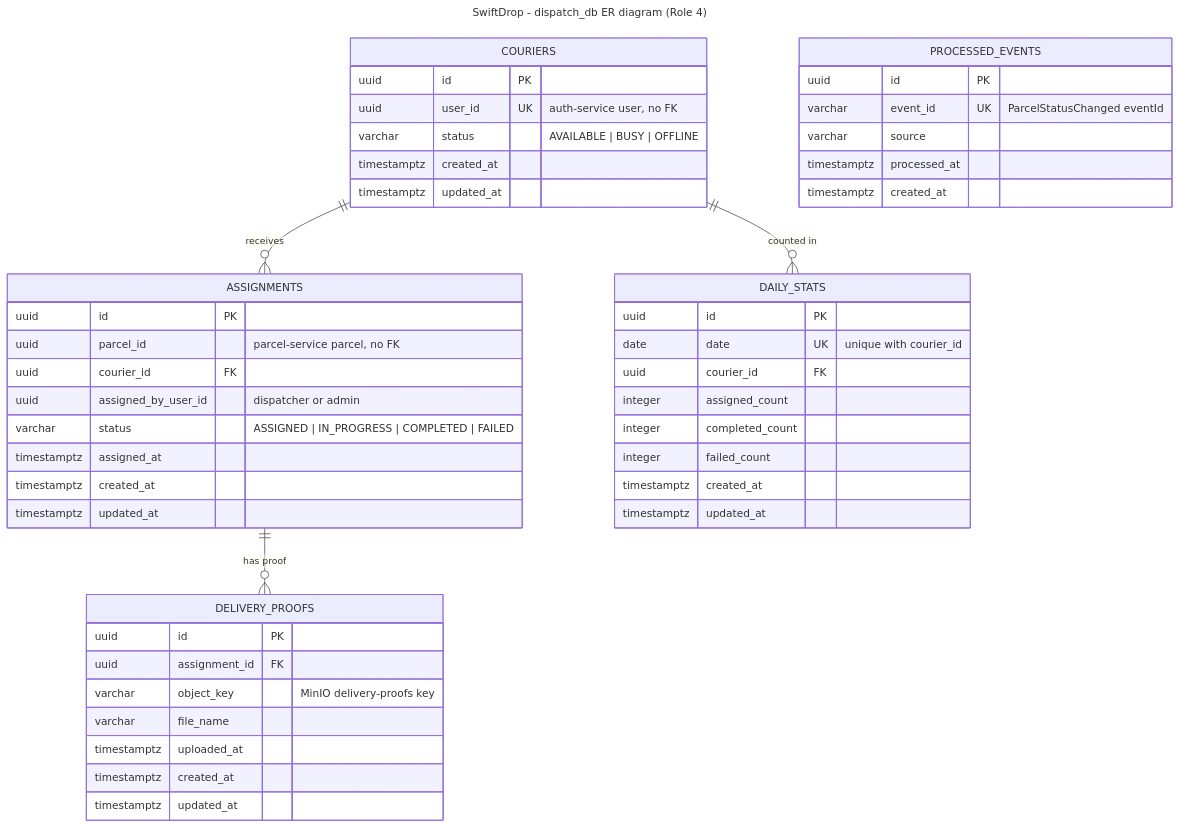
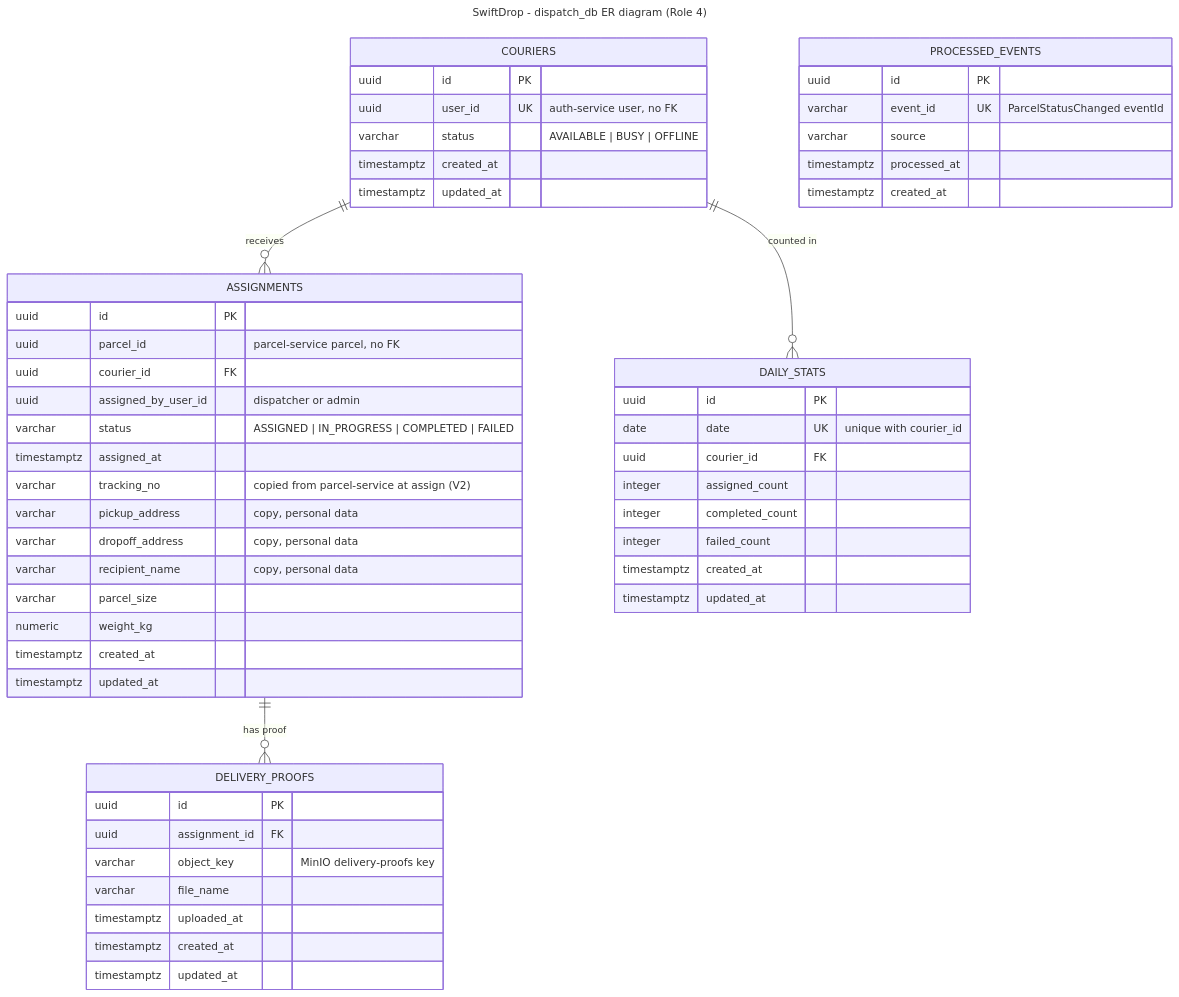
Before and after one commit to Sachintha-dilshan49/SwiftDrop: the diagram in docs/diagrams/er-dispatch.mmd, drawn with Mermaid. The commit also changed 19 other files, not shown here.

First line of the commit message:
feat(dispatch): copy parcel details onto assignments for the courier

```diff
--- a/docs/diagrams/er-dispatch.mmd
+++ b/docs/diagrams/er-dispatch.mmd
@@ -1,55 +1,61 @@
 ---
 title: SwiftDrop - dispatch_db ER diagram (Role 4)
 ---
 erDiagram
     COURIERS {
         uuid id PK
         uuid user_id UK "auth-service user, no FK"
         varchar status "AVAILABLE | BUSY | OFFLINE"
         timestamptz created_at
         timestamptz updated_at
     }
 
     ASSIGNMENTS {
         uuid id PK
         uuid parcel_id "parcel-service parcel, no FK"
         uuid courier_id FK
         uuid assigned_by_user_id "dispatcher or admin"
         varchar status "ASSIGNED | IN_PROGRESS | COMPLETED | FAILED"
         timestamptz assigned_at
+        varchar tracking_no "copied from parcel-service at assign (V2)"
+        varchar pickup_address "copy, personal data"
+        varchar dropoff_address "copy, personal data"
+        varchar recipient_name "copy, personal data"
+        varchar parcel_size
+        numeric weight_kg
         timestamptz created_at
         timestamptz updated_at
     }
 
     DELIVERY_PROOFS {
         uuid id PK
         uuid assignment_id FK
         varchar object_key "MinIO delivery-proofs key"
         varchar file_name
         timestamptz uploaded_at
         timestamptz created_at
         timestamptz updated_at
     }
 
     DAILY_STATS {
         uuid id PK
         date date UK "unique with courier_id"
         uuid courier_id FK
         integer assigned_count
         integer completed_count
         integer failed_count
         timestamptz created_at
         timestamptz updated_at
     }
 
     PROCESSED_EVENTS {
         uuid id PK
         varchar event_id UK "ParcelStatusChanged eventId"
         varchar source
         timestamptz processed_at
         timestamptz created_at
     }
 
     COURIERS ||--o{ ASSIGNMENTS : "receives"
     ASSIGNMENTS ||--o{ DELIVERY_PROOFS : "has proof"
     COURIERS ||--o{ DAILY_STATS : "counted in"
```
